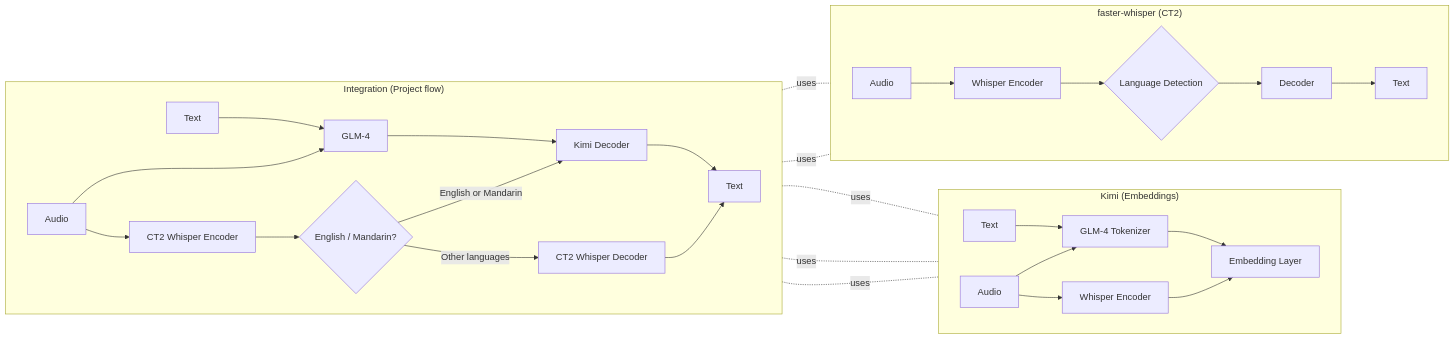
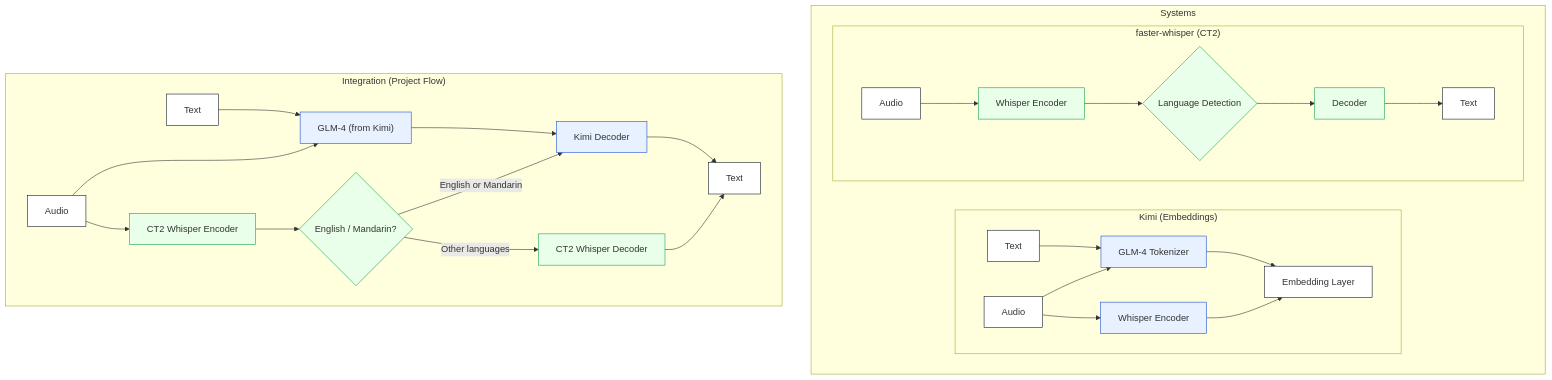
Before and after one commit to jiaxuan030331/China-Multi-Lingual-ASR-System: the diagram in README.md, drawn with Mermaid.

````diff
--- a/README.md
+++ b/README.md
@@ -13,64 +13,67 @@
 ```mermaid
-flowchart LR
+flowchart TB
   %% =======================
-  %% Kimi (Embeddings path)
+  %% Systems (top row)
   %% =======================
-  subgraph KIMI["Kimi (Embeddings)"]
+  subgraph SYS["Systems"]
     direction LR
-    K_T["Text"]
-    K_A["Audio"]
-    K_TK["GLM-4 Tokenizer"]
-    K_WE["Whisper Encoder"]
-    K_E["Embedding Layer"]
 
-    K_T --> K_TK --> K_E
-    K_A --> K_TK
-    K_A --> K_WE --> K_E
-  end
+    %% ---- Kimi (Embeddings) ----
+    subgraph KIMI["Kimi (Embeddings)"]
+      direction LR
+      K_T["Text"]:::neutral
+      K_A["Audio"]:::neutral
+      K_TK["GLM-4 Tokenizer"]:::kimi
+      K_WE["Whisper Encoder"]:::kimi
+      K_E["Embedding Layer"]:::neutral
 
-  %% ============================
-  %% faster-whisper (CT2) system
-  %% ============================
-  subgraph FW["faster-whisper (CT2)"]
-    direction LR
-    F_A["Audio"]
-    F_WE["Whisper Encoder"]
-    F_LD{"Language Detection"}
-    F_D["Decoder"]
-    F_TXT["Text"]
+      K_T --> K_TK --> K_E
+      K_A --> K_TK
+      K_A --> K_WE --> K_E
+    end
 
-    F_A --> F_WE --> F_LD --> F_D --> F_TXT
+    %% ---- faster-whisper (CT2) ----
+    subgraph FW["faster-whisper (CT2)"]
+      direction LR
+      F_A["Audio"]:::neutral
+      F_WE["Whisper Encoder"]:::fw
+      F_LD{"Language Detection"}:::fw
+      F_D["Decoder"]:::fw
+      F_TXT["Text"]:::neutral
+
+      F_A --> F_WE --> F_LD --> F_D --> F_TXT
+    end
   end
 
   %% =======================
-  %% Project Integration
+  %% Integration (bottom)
   %% =======================
-  subgraph INT["Integration (Project flow)"]
+  subgraph INT["Integration (Project Flow)"]
     direction LR
-    I_TXT["Text"]
-    I_AUD["Audio"]
-    I_GLM4["GLM-4"]
-    I_KIMID["Kimi Decoder"]
-    I_CT2E["CT2 Whisper Encoder"]
-    I_DET{"English / Mandarin?"}
-    I_CT2D["CT2 Whisper Decoder"]
-    I_OUT["Text"]
+    I_TXT["Text"]:::neutral
+    I_AUD["Audio"]:::neutral
+    I_GLM4["GLM-4 (from Kimi)"]:::kimi
+    I_KIMID["Kimi Decoder"]:::kimi
+    I_CT2E["CT2 Whisper Encoder"]:::fw
+    I_DET{"English / Mandarin?"}:::fw
+    I_CT2D["CT2 Whisper Decoder"]:::fw
+    I_OUT["Text"]:::neutral
 
     %% Text/Audio -> GLM-4 -> Kimi decoder -> Text
     I_TXT --> I_GLM4
     I_AUD --> I_GLM4
     I_GLM4 --> I_KIMID --> I_OUT
 
     %% Audio -> CT2 encoder -> detection -> route
     I_AUD --> I_CT2E --> I_DET
     I_DET -- "English or Mandarin" --> I_KIMID
     I_DET -- "Other languages" --> I_CT2D --> I_OUT
   end
 
-  %% ------- Reference (dotted) lines to show which subsystems power Integration -------
-  I_CT2E -. "uses" .- F_WE
-  I_CT2D -. "uses" .- F_D
-  I_KIMID -. "uses" .- K_TK
-  I_GLM4  -. "uses" .- K_TK
-  I_KIMID -. "uses" .- K_WE
+  %% =======================
+  %% High-contrast styles
+  %% =======================
+  classDef neutral fill:#ffffff,stroke:#111827,color:#111827;   %% crisp white nodes
+  classDef kimi    fill:#e8f1ff,stroke:#1d4ed8,color:#0f172a;   %% soft blue for Kimi parts
+  classDef fw      fill:#eaffea,stroke:#16a34a,color:#0f172a;   %% soft green for CT2 parts
 ```
````
